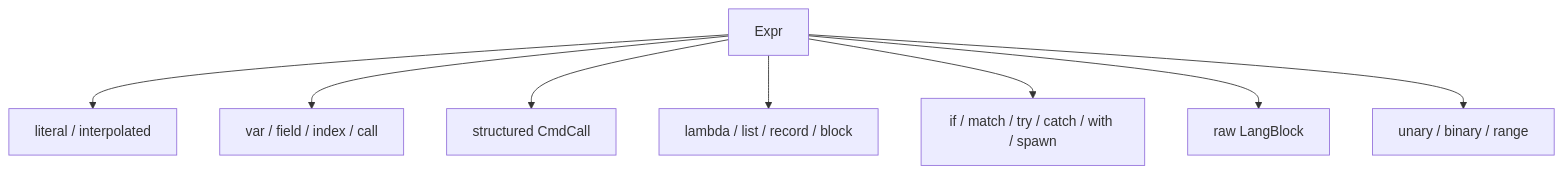
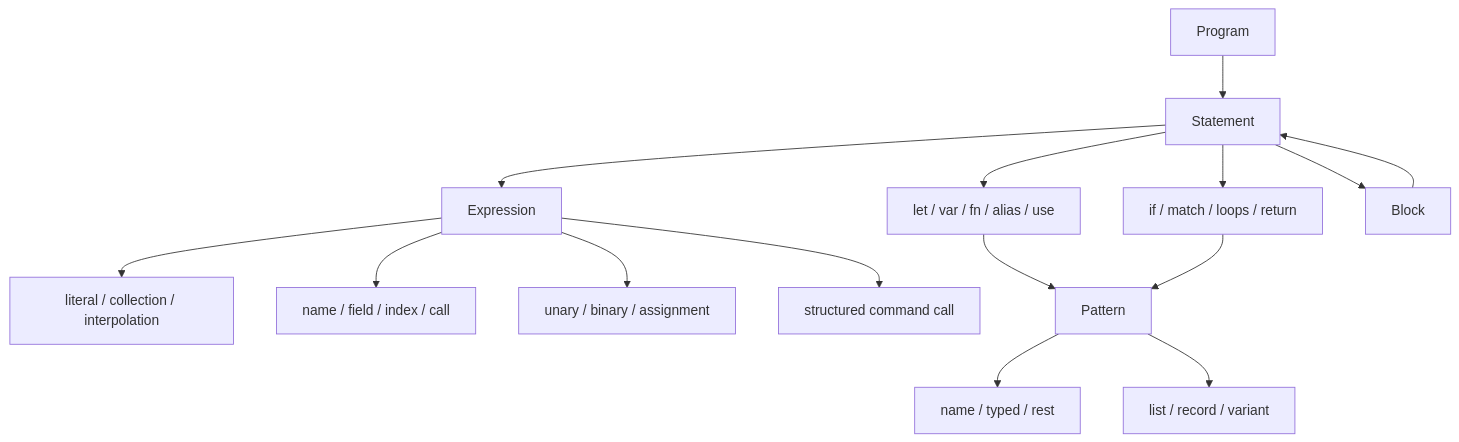
One commit to alliecatowo/shoal changed the second of 3 diagrams in site/content/internals/ast-model.md. Above: the diagram before and after it, drawn with Mermaid. The commit also changed other lines of this file and 70 other files, not shown here.

Commit message:
docs: refine manual and architecture visuals

````diff
--- a/site/content/internals/ast-model.md
+++ b/site/content/internals/ast-model.md
@@ -92,10 +59,19 @@
 ```mermaid
 flowchart TB
-  Expr["Expr"] --> Literal["literal / interpolated"]
-  Expr --> Access["var / field / index / call"]
-  Expr --> Command["structured CmdCall"]
-  Expr --> Data["lambda / list / record / block"]
-  Expr --> Control["if / match / try / catch / with / spawn"]
-  Expr --> Lang["raw LangBlock"]
-  Expr --> Ops["unary / binary / range"]
+accTitle: Program, statement, expression, and pattern families
+accDescr: A Program owns statements; statements contain declarations and control forms, while expressions and patterns supply values and binding shapes throughout the tree.
+  Program --> Statement
+  Statement --> Declaration["let / var / fn / alias / use"]
+  Statement --> Control["if / match / loops / return"]
+  Statement --> Expression
+  Expression --> Literal["literal / collection / interpolation"]
+  Expression --> Access["name / field / index / call"]
+  Expression --> Operation["unary / binary / assignment"]
+  Expression --> Command["structured command call"]
+  Declaration --> Pattern
+  Control --> Pattern
+  Pattern --> Bind["name / typed / rest"]
+  Pattern --> Destructure["list / record / variant"]
+  Statement --> Block
+  Block --> Statement
 ```
````
